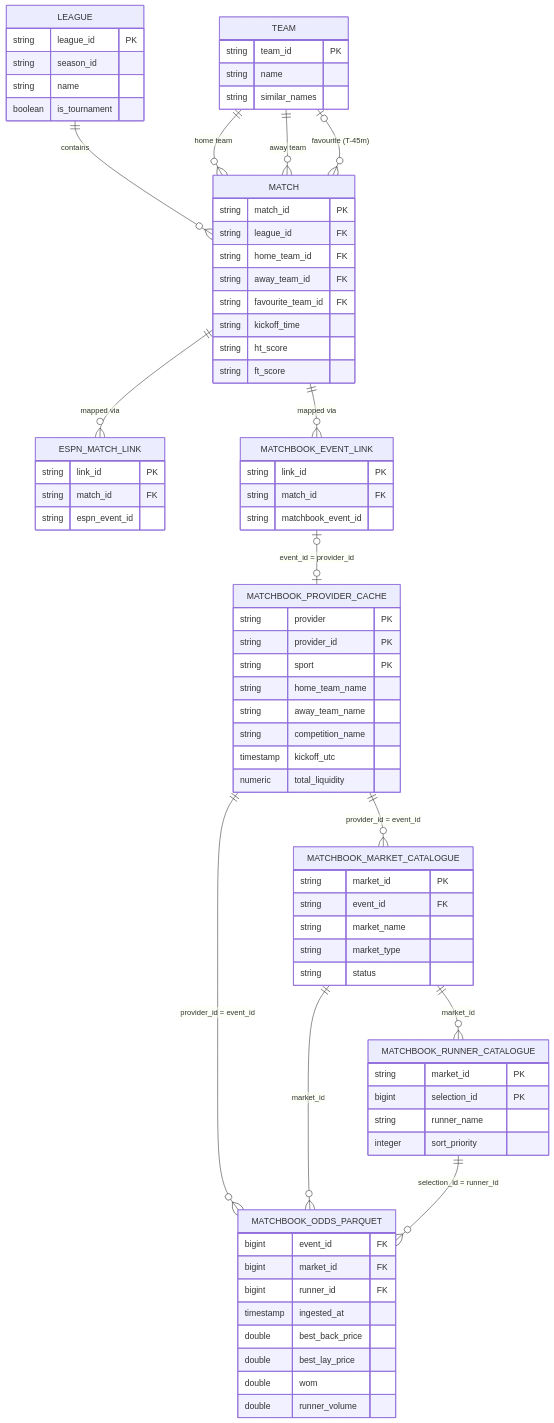
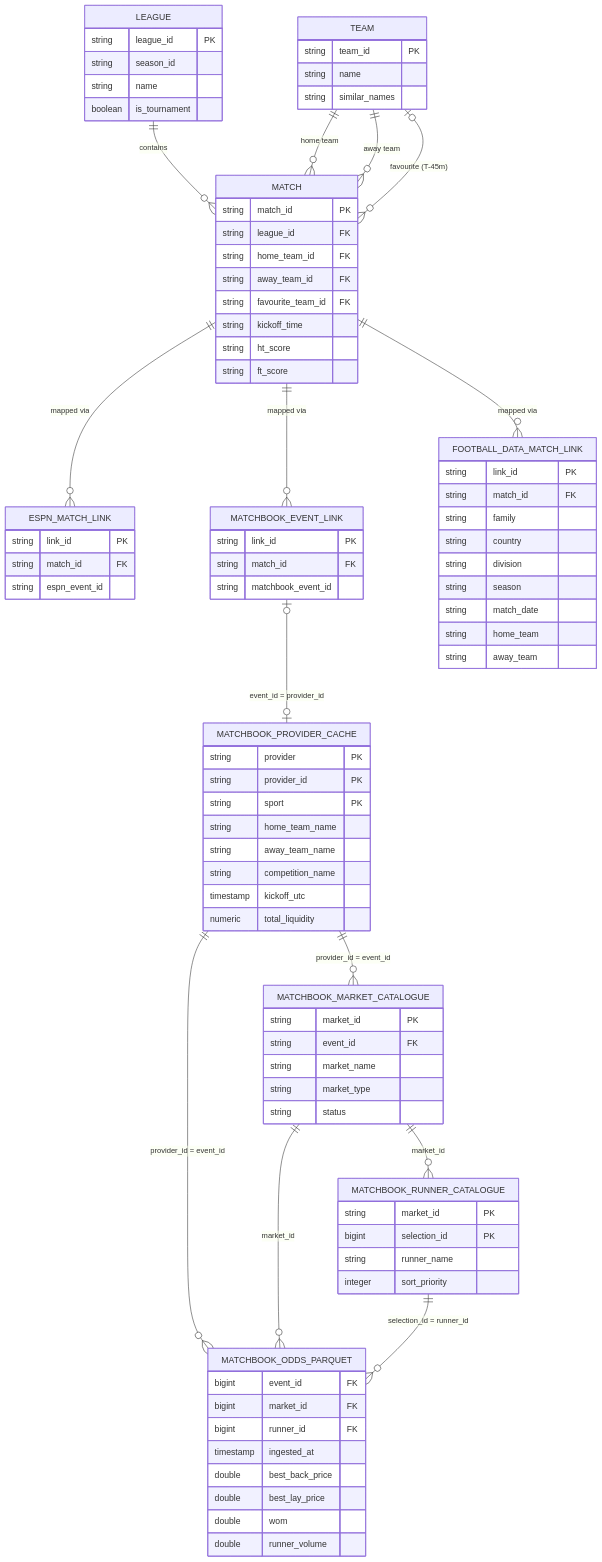
Before and after one commit to dllewellyn/Sports-Data-Ingestion-Pipeline: the diagram in ERD.md, drawn with Mermaid. The commit also changed other lines of this file and 11 other files, not shown here.

First line of the commit message:
feat(warehouse): add canonical domain tables + football-data link in DuckDB

```diff
--- a/ERD.md
+++ b/ERD.md
@@ -42,11 +51,12 @@
     TEAM |o--o{ MATCH : "favourite (T-45m)"
     MATCH ||--o{ ESPN_MATCH_LINK : "mapped via"
     MATCH ||--o{ MATCHBOOK_EVENT_LINK : "mapped via"
-    
+    MATCH ||--o{ FOOTBALL_DATA_MATCH_LINK : "mapped via"
+
     MATCHBOOK_EVENT_LINK |o--o| MATCHBOOK_PROVIDER_CACHE : "event_id = provider_id"
     MATCHBOOK_PROVIDER_CACHE ||--o{ MATCHBOOK_MARKET_CATALOGUE : "provider_id = event_id"
     MATCHBOOK_MARKET_CATALOGUE ||--o{ MATCHBOOK_RUNNER_CATALOGUE : "market_id"
-    
+
     MATCHBOOK_PROVIDER_CACHE ||--o{ MATCHBOOK_ODDS_PARQUET : "provider_id = event_id"
     MATCHBOOK_MARKET_CATALOGUE ||--o{ MATCHBOOK_ODDS_PARQUET : "market_id"
     MATCHBOOK_RUNNER_CATALOGUE ||--o{ MATCHBOOK_ODDS_PARQUET : "selection_id = runner_id"
@@ -82,6 +92,17 @@
         string match_id FK
         string matchbook_event_id
     }
+    FOOTBALL_DATA_MATCH_LINK {
+        string link_id PK
+        string match_id FK
+        string family
+        string country
+        string division
+        string season
+        string match_date
+        string home_team
+        string away_team
+    }
     MATCHBOOK_PROVIDER_CACHE {
         string provider PK
         string provider_id PK
```
